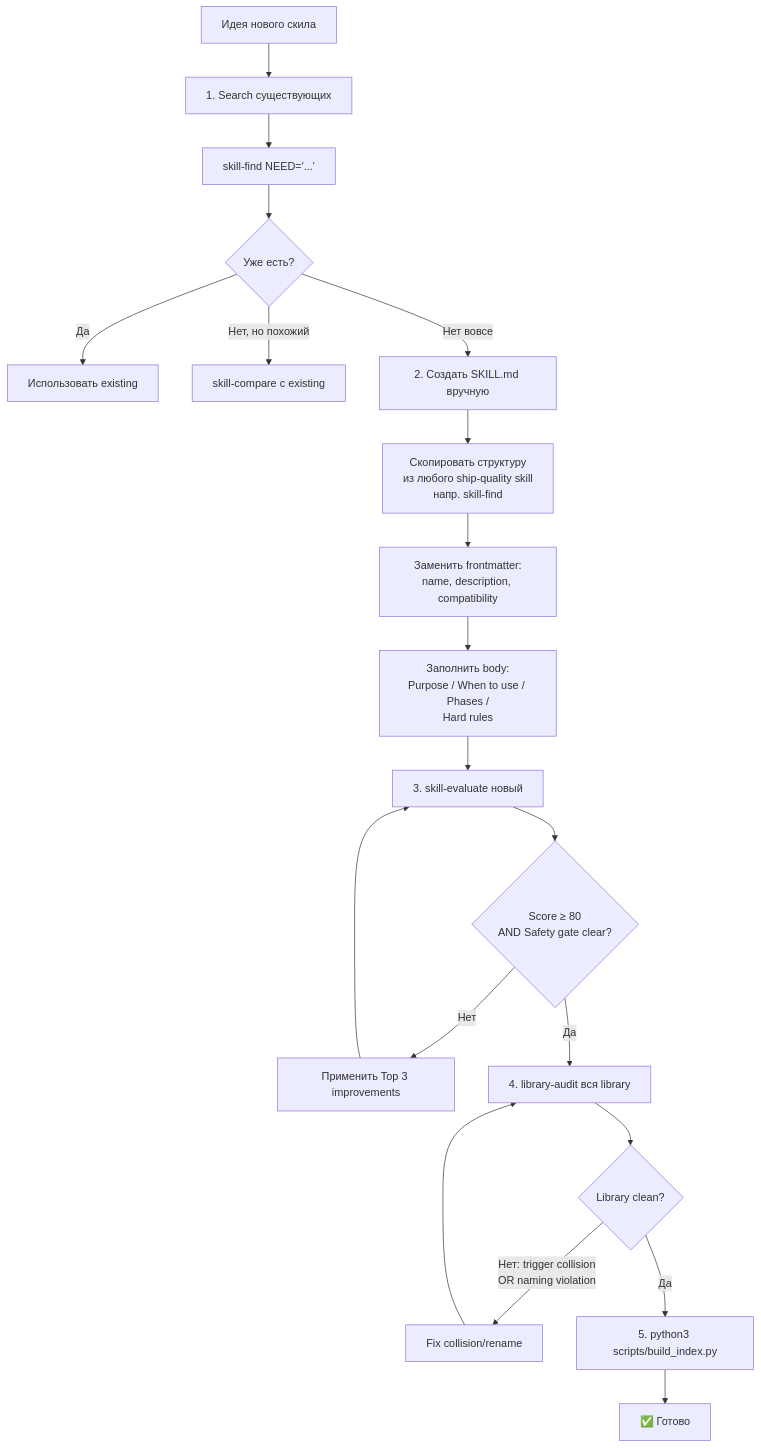
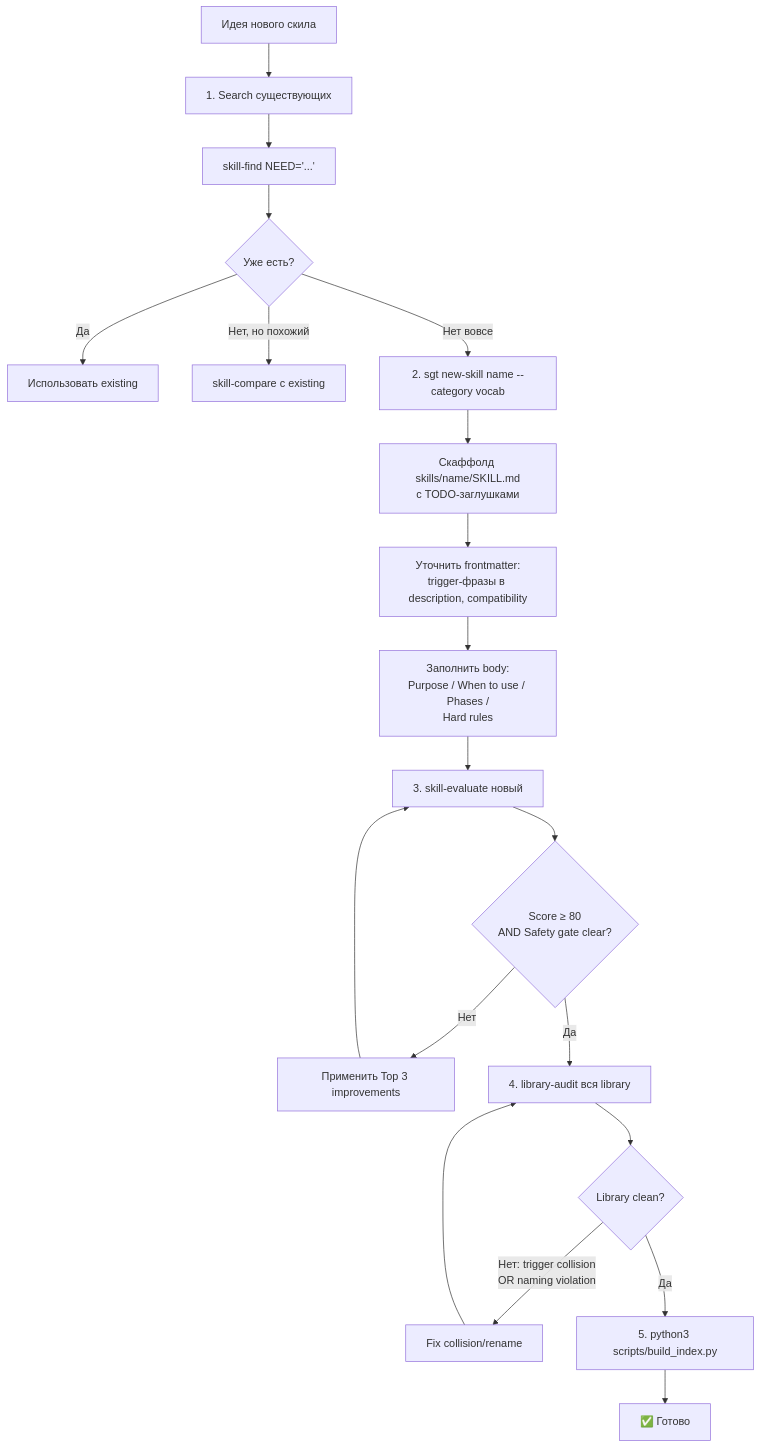
One commit to artemrudenko/skill-governance-toolkit changed the fourth of 10 diagrams in docs/user-guide.ru.md. Above: the diagram before and after it, drawn with Mermaid. The commit also changed other lines of this file and 9 other files, not shown here.

````diff
--- a/docs/user-guide.ru.md
+++ b/docs/user-guide.ru.md
@@ -259,23 +267,23 @@
 ```mermaid
 flowchart TD
     A[Идея нового скила] --> B[1. Search существующих]
     B --> C[skill-find NEED='...']
     C --> D{Уже есть?}
     D -->|Да| E[Использовать existing]
     D -->|Нет, но похожий| F[skill-compare с existing]
-    D -->|Нет вовсе| G[2. Создать SKILL.md вручную]
+    D -->|Нет вовсе| G[2. sgt new-skill name --category vocab]
 
-    G --> H[Скопировать структуру<br/>из любого ship-quality skill<br/>напр. skill-find]
-    H --> I[Заменить frontmatter:<br/>name, description, compatibility]
+    G --> H[Скаффолд skills/name/SKILL.md<br/>с TODO-заглушками]
+    H --> I[Уточнить frontmatter:<br/>trigger-фразы в description, compatibility]
     I --> J[Заполнить body:<br/>Purpose / When to use / Phases /<br/>Hard rules]
     J --> K[3. skill-evaluate новый]
     K --> L{Score ≥ 80<br/>AND Safety gate clear?}
     L -->|Нет| M[Применить Top 3 improvements]
     M --> K
     L -->|Да| N[4. library-audit вся library]
     N --> O{Library clean?}
     O -->|Нет: trigger collision<br/>OR naming violation| P[Fix collision/rename]
     P --> N
     O -->|Да| Q[5. python3 scripts/build_index.py]
     Q --> R[✅ Готово]
 ```
````
